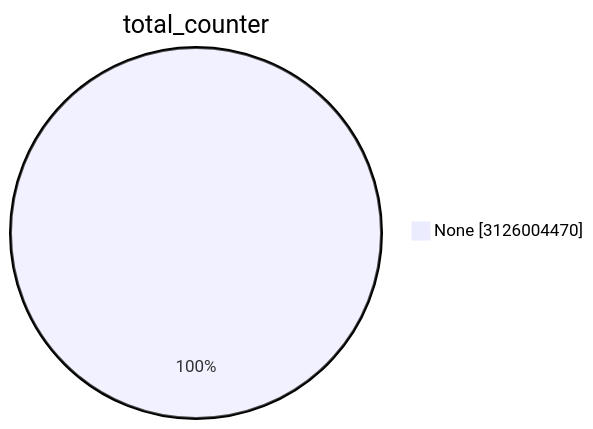
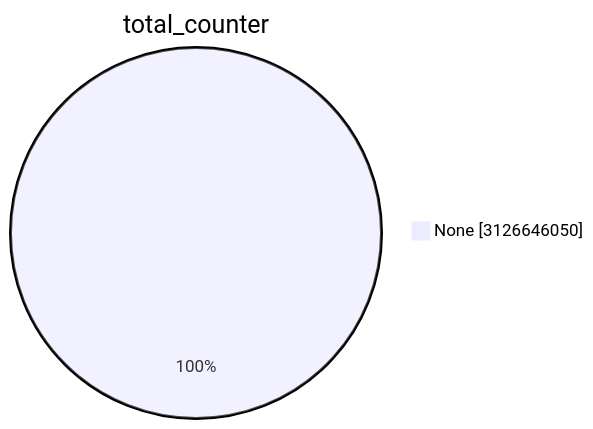
The first of 15 diagrams in TOTAL/README.md (christiankrug/ctmonitor_visualization), drawn with Mermaid before and after one commit. The commit also changed other lines of this file, not shown here.

````diff
--- a/TOTAL/README.md
+++ b/TOTAL/README.md
@@ -1,5 +1,5 @@
 ```mermaid
 pie showData
 title total_counter
-"None" :3126004470
+"None" :3126646050
 ```
````
